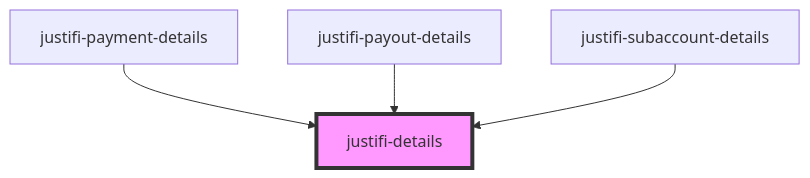
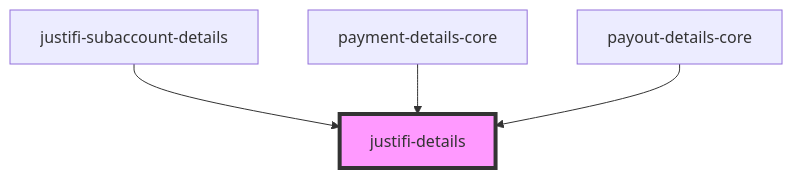
The diagram in packages/webcomponents/src/components/details/readme.md (justifi-tech/web-component-library), drawn with Mermaid before and after one commit. The commit also changed other lines of this file and 33 other files, not shown here.

Commit message:
Separate business-form-stepped into new directory, delete unused schema files

````diff
--- a/packages/webcomponents/src/components/details/readme.md
+++ b/packages/webcomponents/src/components/details/readme.md
@@ -24,7 +24,7 @@
 ```mermaid
 graph TD;
-  justifi-payment-details --> justifi-details
-  justifi-payout-details --> justifi-details
   justifi-subaccount-details --> justifi-details
+  payment-details-core --> justifi-details
+  payout-details-core --> justifi-details
   style justifi-details fill:#f9f,stroke:#333,stroke-width:4px
 ```
````
